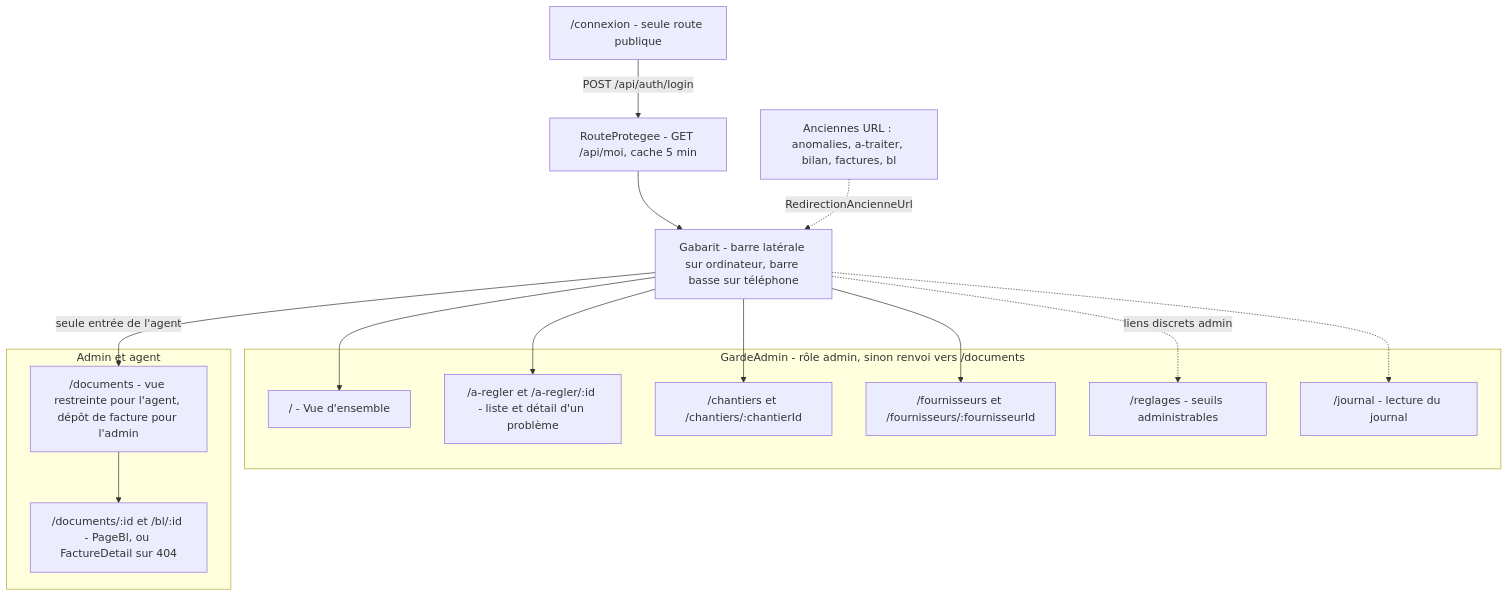
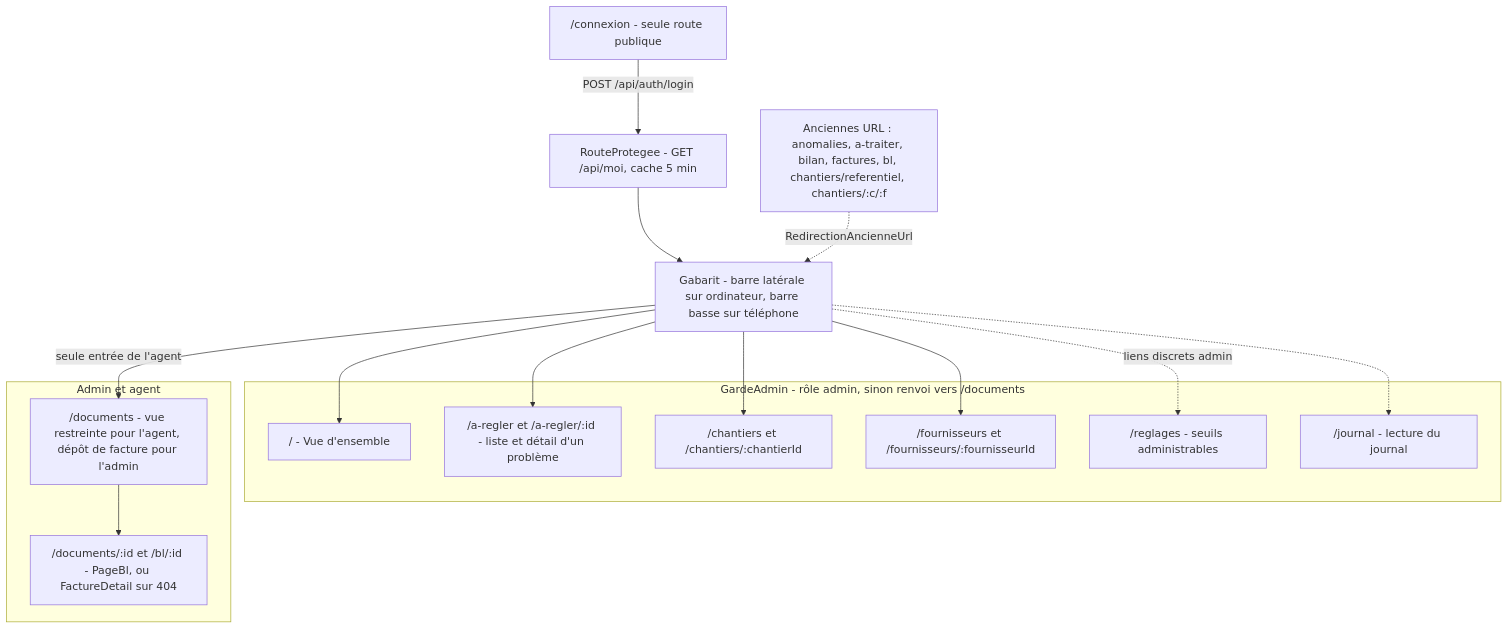
Before and after one commit to Asuura666/habitat-renovation: diagram 12 of 14 in ARCHITECTURE.md, drawn with Mermaid. The commit also changed other lines of this file, not shown here.

First line of the commit message:
docs: ARCHITECTURE.md — corrections de vérification

````diff
--- a/ARCHITECTURE.md
+++ b/ARCHITECTURE.md
@@ -805,33 +879,33 @@
 ```mermaid
 flowchart TB
   connexion["/connexion - seule route publique"]
   protegee["RouteProtegee - GET /api/moi, cache 5 min"]
   gabarit["Gabarit - barre latérale sur ordinateur, barre basse sur téléphone"]
 
   connexion -->|"POST /api/auth/login"| protegee
   protegee --> gabarit
 
   subgraph garde_admin["GardeAdmin - rôle admin, sinon renvoi vers /documents"]
     vue["/ - Vue d'ensemble"]
     aregler["/a-regler et /a-regler/:id - liste et détail d'un problème"]
     chantiers["/chantiers et /chantiers/:chantierId"]
     fournisseurs["/fournisseurs et /fournisseurs/:fournisseurId"]
     reglages["/reglages - seuils administrables"]
     journal["/journal - lecture du journal"]
   end
 
   subgraph ouvert["Admin et agent"]
     documents["/documents - vue restreinte pour l'agent, dépôt de facture pour l'admin"]
     page_bl["/documents/:id et /bl/:id - PageBl, ou FactureDetail sur 404"]
   end
 
   gabarit --> vue
   gabarit --> aregler
   gabarit --> chantiers
   gabarit --> fournisseurs
   gabarit -->|"seule entrée de l'agent"| documents
   gabarit -.->|"liens discrets admin"| reglages
   gabarit -.-> journal
   documents --> page_bl
-  anciennes["Anciennes URL : anomalies, a-traiter, bilan, factures, bl"] -.->|"RedirectionAncienneUrl"| gabarit
+  anciennes["Anciennes URL : anomalies, a-traiter, bilan, factures, bl, chantiers/referentiel, chantiers/:c/:f"] -.->|"RedirectionAncienneUrl"| gabarit
 ```
````
